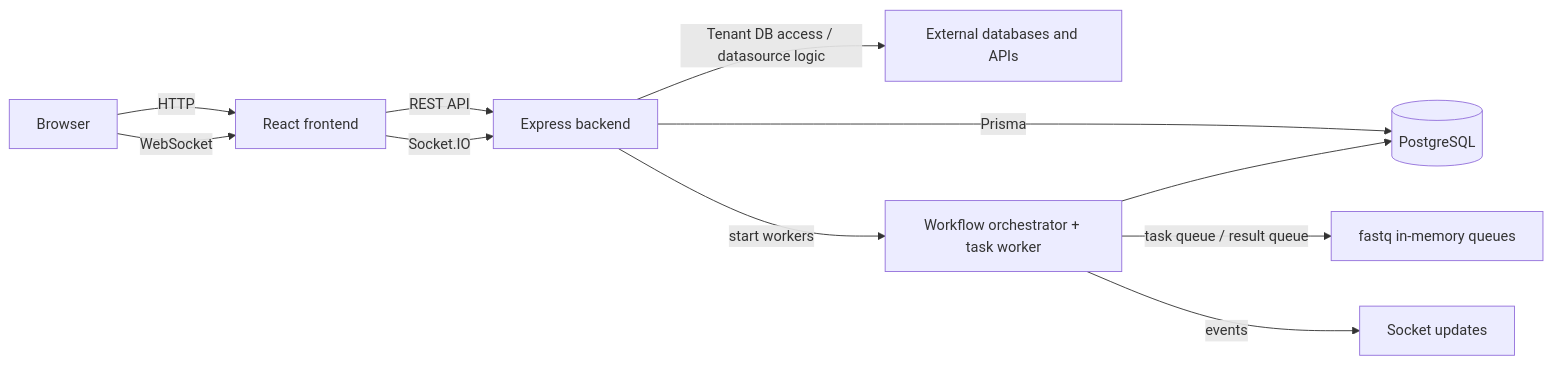
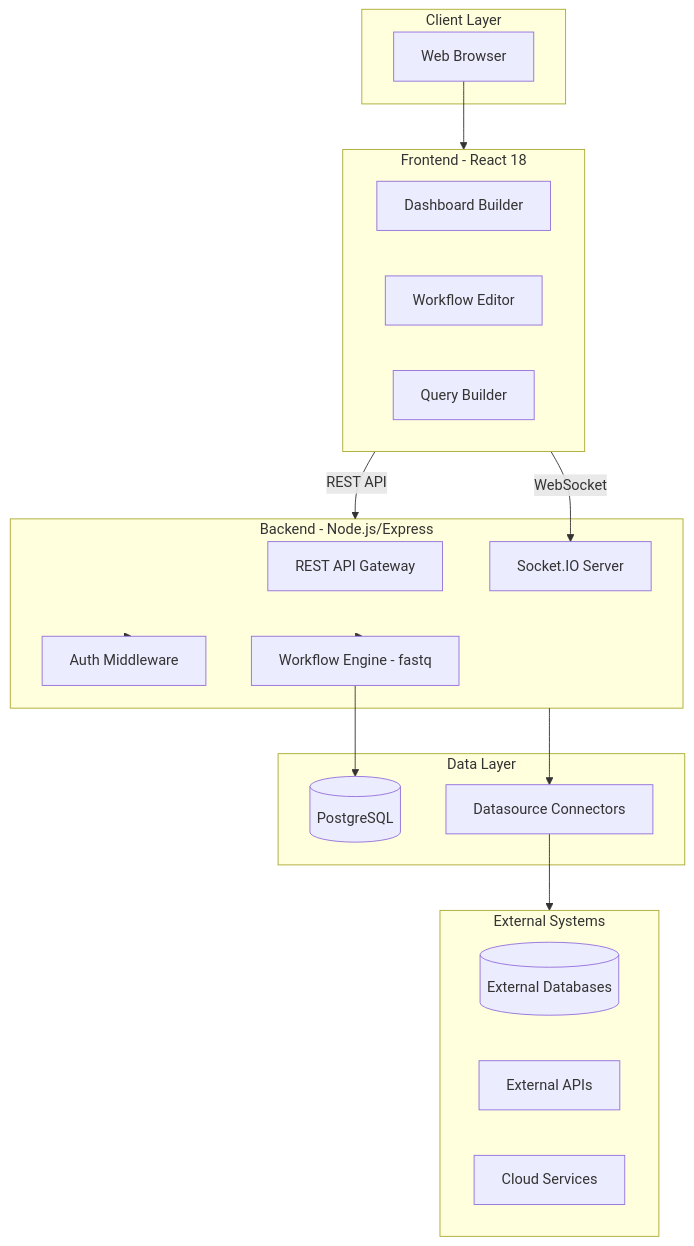
One commit to Jet-labs/jet-admin changed the diagram in docs/docs/intro.md. Above: the diagram before and after it, drawn with Mermaid. The commit also changed other lines of this file and 110 other files, not shown here.

````diff
--- a/docs/docs/intro.md
+++ b/docs/docs/intro.md
@@ -80,16 +239,39 @@
 ```mermaid
-flowchart LR
-    Browser[Browser] -->|HTTP| Frontend[React frontend]
-    Browser -->|WebSocket| Frontend
+graph TB
+    subgraph Client["Client Layer"]
+        Browser[Web Browser]
+    end
 
-    Frontend -->|REST API| Backend[Express backend]
-    Frontend -->|Socket.IO| Backend
+    subgraph Frontend["Frontend - React 18"]
+        Dashboard[Dashboard Builder]
+        WorkflowEditor[Workflow Editor]
+        QueryBuilder[Query Builder]
+    end
 
-    Backend -->|Prisma| AppDB[(PostgreSQL)]
-    Backend -->|Tenant DB access / datasource logic| ExternalSystems[External databases and APIs]
+    subgraph Backend["Backend - Node.js/Express"]
+        API[REST API Gateway]
+        Auth[Auth Middleware]
+        WorkflowEngine[Workflow Engine - fastq]
+        SocketServer[Socket.IO Server]
+    end
 
-    Backend -->|start workers| WorkflowRuntime[Workflow orchestrator + task worker]
-    WorkflowRuntime -->|task queue / result queue| InMemoryQueue[fastq in-memory queues]
-    WorkflowRuntime --> AppDB
-    WorkflowRuntime -->|events| Realtime[Socket updates]
+    subgraph Data["Data Layer"]
+        AppDB[(PostgreSQL)]
+        Connectors[Datasource Connectors]
+    end
+
+    subgraph External["External Systems"]
+        ExtDB[(External Databases)]
+        ExtAPI[External APIs]
+        CloudServices[Cloud Services]
+    end
+
+    Browser --> Frontend
+    Frontend -->|REST API| Backend
+    Frontend -->|WebSocket| SocketServer
+    Backend --> Auth
+    Backend --> WorkflowEngine
+    WorkflowEngine --> AppDB
+    Backend --> Connectors
+    Connectors --> External
 ```
````
